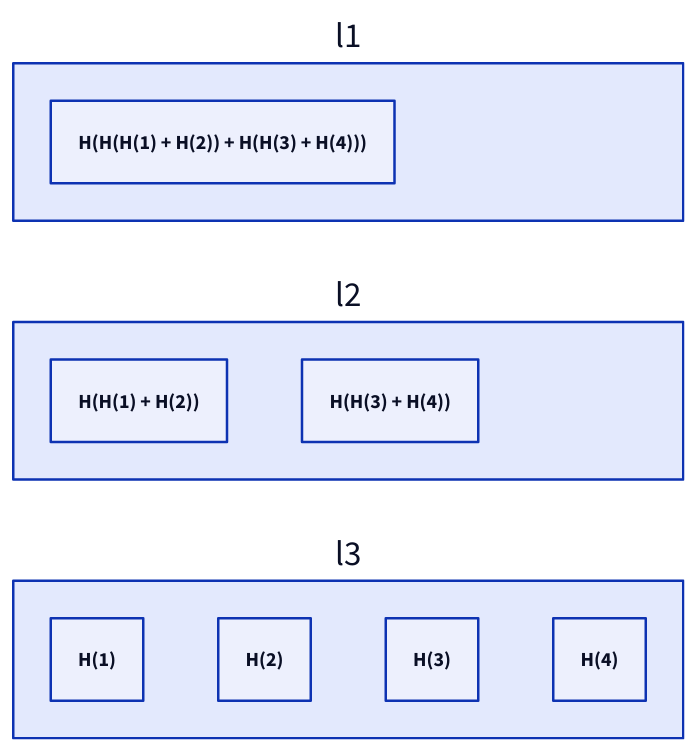
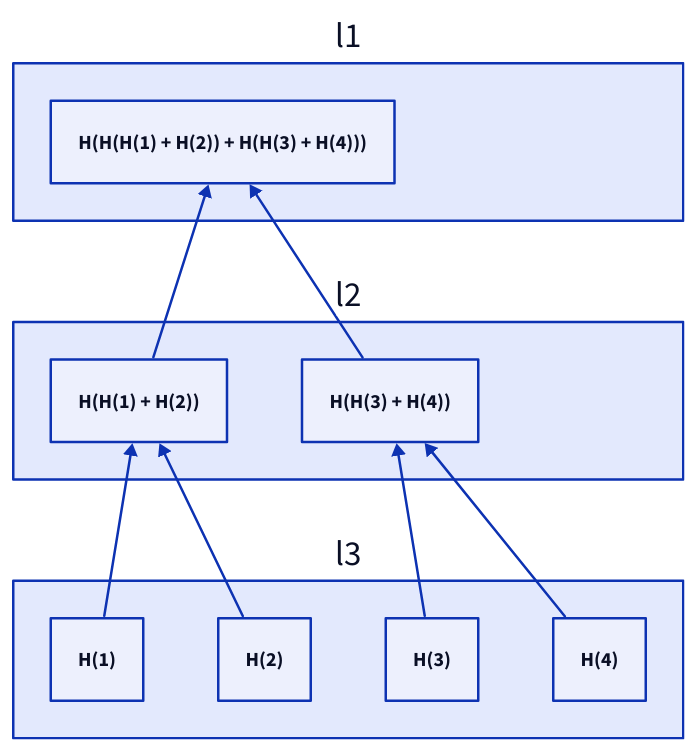
Before and after one commit to link1905/system-design-101: the fourth of 5 diagrams in content/docs/system-administration/system-recovery.md, drawn with D2. The commit also changed other lines of this file and 21 other files, not shown here.

````diff
--- a/content/docs/system-administration/system-recovery.md
+++ b/content/docs/system-administration/system-recovery.md
@@ -221,19 +219,25 @@
 ```d2
 grid-columns: 1
 l1 {
   class: none
   r1: H(H(H(1) + H(2)) + H(H(3) + H(4)))
 }
 l2 {
   class: none
   r1: H(H(1) + H(2))
   r2: H(H(3) + H(4))
 }
 l3 {
   class: none
   r1: H(1)
   r2: H(2)
   r3: H(3)
   r4: H(4)
 }
+l3.r1 -> l2.r1
+l3.r2 -> l2.r1
+l3.r3 -> l2.r2
+l3.r4 -> l2.r2
+l2.r1 -> l1.r1
+l2.r2 -> l1.r1
 ```
````
